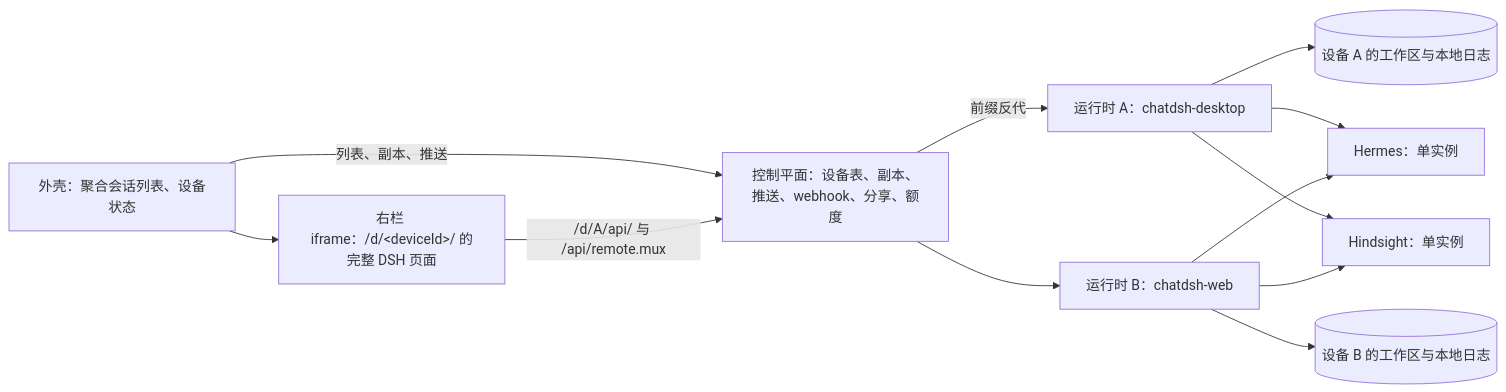
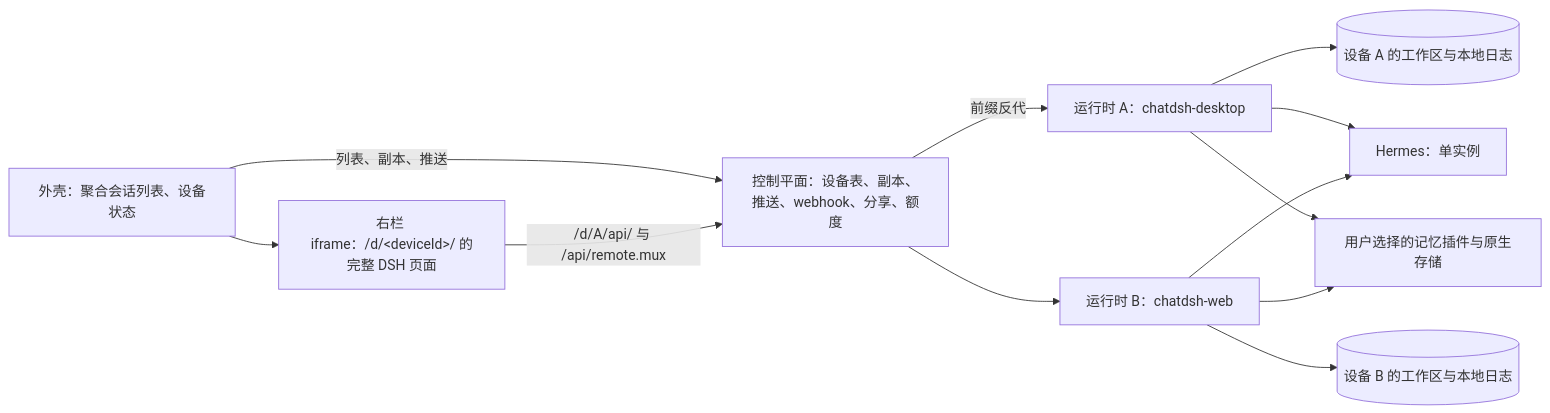
The first of 2 diagrams in runtime/docs/target-shape.md (wenzetan/chatdsh), drawn with Mermaid before and after one commit. The commit also changed other lines of this file and 32 other files, not shown here.

First line of the commit message:
📝 docs(architecture): 定义插件能力接口与项目智能体架构 / define plugin capability interfaces and project agent architecture

````diff
--- a/runtime/docs/target-shape.md
+++ b/runtime/docs/target-shape.md
@@ -18,23 +18,23 @@
 ```mermaid
 flowchart LR
   CL["外壳：聚合会话列表、设备状态"]
   IF["右栏 iframe：/d/&lt;deviceId&gt;/ 的完整 DSH 页面"]
   GW["控制平面：设备表、副本、推送、webhook、分享、额度"]
   RA["运行时 A：chatdsh-desktop"]
   RB["运行时 B：chatdsh-web"]
   HM["Hermes：单实例"]
-  HS["Hindsight：单实例"]
+  HS["用户选择的记忆插件与原生存储"]
   WA[("设备 A 的工作区与本地日志")]
   WB[("设备 B 的工作区与本地日志")]
   CL -->|"列表、副本、推送"| GW
   CL --> IF
   IF -->|"/d/A/api/ 与 /api/remote.mux"| GW
   GW -->|"前缀反代"| RA
   GW --> RB
   RA --> WA
   RB --> WB
   RA --> HM
   RB --> HM
   RA --> HS
   RB --> HS
 ```
````
